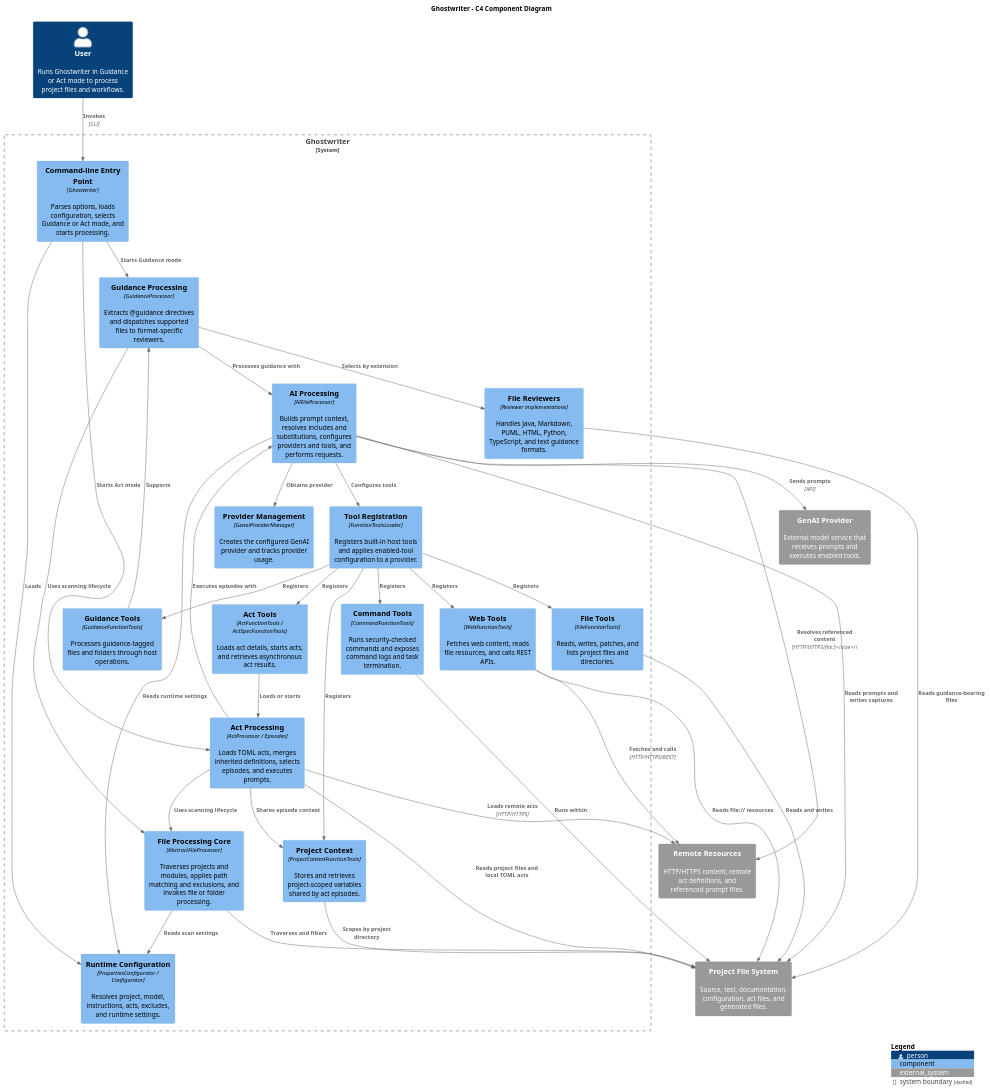
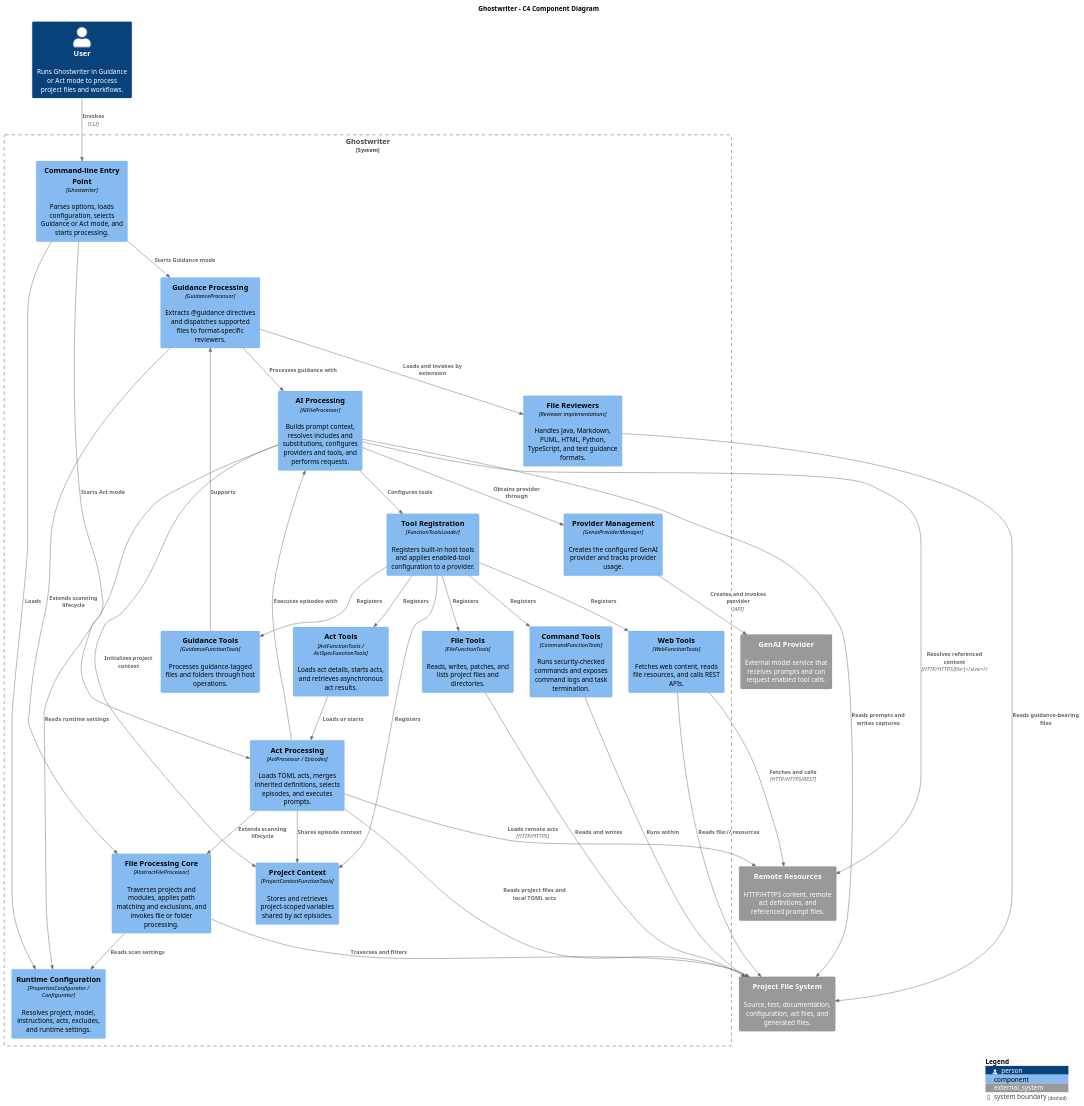
One commit to machanism-org/machai changed the diagram in ghostwriter/src/site/puml/c4-diagram.puml. Above: the diagram before and after it, drawn with PlantUML. The commit also changed 76 other files, not shown here.

```diff
--- a/ghostwriter/src/site/puml/c4-diagram.puml
+++ b/ghostwriter/src/site/puml/c4-diagram.puml
@@ -11,73 +11,73 @@
 @startuml
 !include https://raw.githubusercontent.com/plantuml-stdlib/C4-PlantUML/master/C4_Component.puml
 
 LAYOUT_TOP_DOWN()
 
 title Ghostwriter - C4 Component Diagram
 
 Person(user, "User", "Runs Ghostwriter in Guidance or Act mode to process project files and workflows.")
 System_Ext(projectFiles, "Project File System", "Source, test, documentation, configuration, act files, and generated files.")
 System_Ext(remoteResources, "Remote Resources", "HTTP/HTTPS content, remote act definitions, and referenced prompt files.")
-System_Ext(genaiProvider, "GenAI Provider", "External model service that receives prompts and executes enabled tools.")
+System_Ext(genaiProvider, "GenAI Provider", "External model service that receives prompts and can request enabled tool calls.")
 
 System_Boundary(ghostwriter, "Ghostwriter") {
   Component(cli, "Command-line Entry Point", "Ghostwriter", "Parses options, loads configuration, selects Guidance or Act mode, and starts processing.")
   Component(fileProcessor, "File Processing Core", "AbstractFileProcessor", "Traverses projects and modules, applies path matching and exclusions, and invokes file or folder processing.")
   Component(aiProcessor, "AI Processing", "AIFileProcessor", "Builds prompt context, resolves includes and substitutions, configures providers and tools, and performs requests.")
   Component(guidanceProcessor, "Guidance Processing", "GuidanceProcessor", "Extracts @guidance directives and dispatches supported files to format-specific reviewers.")
   Component(actProcessor, "Act Processing", "ActProcessor / Episodes", "Loads TOML acts, merges inherited definitions, selects episodes, and executes prompts.")
   Component(reviewers, "File Reviewers", "Reviewer implementations", "Handles Java, Markdown, PUML, HTML, Python, TypeScript, and text guidance formats.")
 
   Component(fileTools, "File Tools", "FileFunctionTools", "Reads, writes, patches, and lists project files and directories.")
   Component(commandTools, "Command Tools", "CommandFunctionTools", "Runs security-checked commands and exposes command logs and task termination.")
   Component(webTools, "Web Tools", "WebFunctionTools", "Fetches web content, reads file resources, and calls REST APIs.")
   Component(actTools, "Act Tools", "ActFunctionTools / ActSpecFunctionTools", "Loads act details, starts acts, and retrieves asynchronous act results.")
   Component(guidanceTools, "Guidance Tools", "GuidanceFunctionTools", "Processes guidance-tagged files and folders through host operations.")
   Component(contextTools, "Project Context", "ProjectContextFunctionTools", "Stores and retrieves project-scoped variables shared by act episodes.")
 
   Component(providerManagement, "Provider Management", "GenaiProviderManager", "Creates the configured GenAI provider and tracks provider usage.")
   Component(toolLoading, "Tool Registration", "FunctionToolsLoader", "Registers built-in host tools and applies enabled-tool configuration to a provider.")
   Component(configuration, "Runtime Configuration", "PropertiesConfigurator / Configurator", "Resolves project, model, instructions, acts, excludes, and runtime settings.")
 }
 
 Rel(user, cli, "Invokes", "CLI")
 Rel(cli, configuration, "Loads")
 Rel(cli, guidanceProcessor, "Starts Guidance mode")
 Rel(cli, actProcessor, "Starts Act mode")
 
-Rel(guidanceProcessor, fileProcessor, "Uses scanning lifecycle")
-Rel(actProcessor, fileProcessor, "Uses scanning lifecycle")
+Rel(guidanceProcessor, fileProcessor, "Extends scanning lifecycle")
+Rel(actProcessor, fileProcessor, "Extends scanning lifecycle")
 Rel(guidanceProcessor, aiProcessor, "Processes guidance with")
 Rel(actProcessor, aiProcessor, "Executes episodes with")
-Rel(guidanceProcessor, reviewers, "Selects by extension")
+Rel(guidanceProcessor, reviewers, "Loads and invokes by extension")
 Rel(reviewers, projectFiles, "Reads guidance-bearing files")
 Rel(fileProcessor, projectFiles, "Traverses and filters")
 Rel(fileProcessor, configuration, "Reads scan settings")
 
 Rel(actProcessor, projectFiles, "Reads project files and local TOML acts")
 Rel(actProcessor, remoteResources, "Loads remote acts", "HTTP/HTTPS")
 Rel(actProcessor, contextTools, "Shares episode context")
 
 Rel(aiProcessor, configuration, "Reads runtime settings")
 Rel(aiProcessor, projectFiles, "Reads prompts and writes captures")
 Rel(aiProcessor, remoteResources, "Resolves referenced content", "HTTP/HTTPS/file://")
-Rel(aiProcessor, providerManagement, "Obtains provider")
+Rel(aiProcessor, providerManagement, "Obtains provider through")
 Rel(aiProcessor, toolLoading, "Configures tools")
-Rel(aiProcessor, genaiProvider, "Sends prompts", "API")
+Rel(aiProcessor, contextTools, "Initializes project context")
+Rel(providerManagement, genaiProvider, "Creates and invokes provider", "API")
 
 Rel(toolLoading, fileTools, "Registers")
 Rel(toolLoading, commandTools, "Registers")
 Rel(toolLoading, webTools, "Registers")
 Rel(toolLoading, actTools, "Registers")
 Rel(toolLoading, guidanceTools, "Registers")
 Rel(toolLoading, contextTools, "Registers")
 Rel(fileTools, projectFiles, "Reads and writes")
 Rel(commandTools, projectFiles, "Runs within")
 Rel(webTools, remoteResources, "Fetches and calls", "HTTP/HTTPS/REST")
 Rel(webTools, projectFiles, "Reads file:// resources")
 Rel(actTools, actProcessor, "Loads or starts")
 Rel(guidanceTools, guidanceProcessor, "Supports")
-Rel(contextTools, projectFiles, "Scopes by project directory")
 
 SHOW_LEGEND()
 @enduml
```
